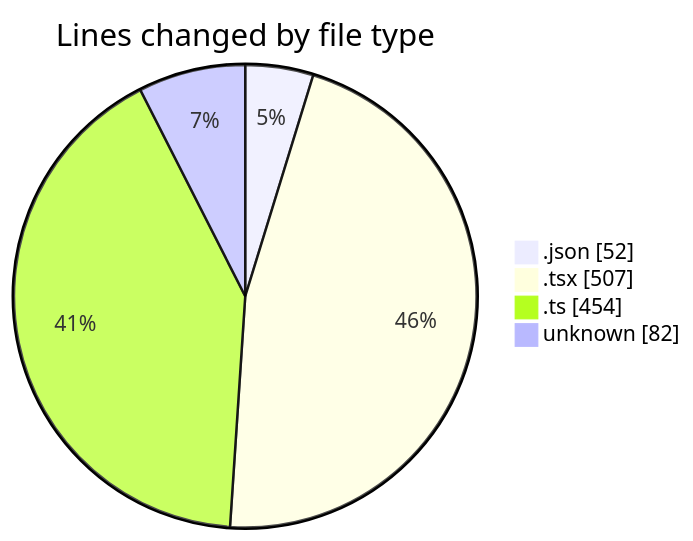
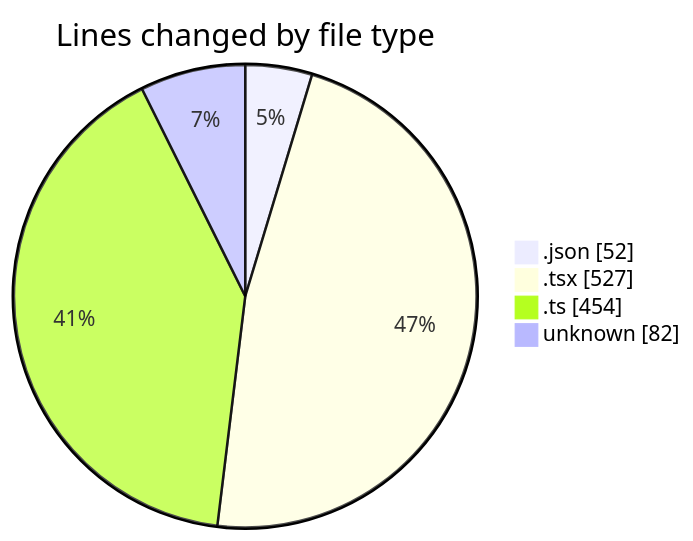
One commit to julien-gomy/code-tracking changed the first of 2 diagrams in 2025-10-29/eventscop-frontend-guide__workspace_/README.md. Above: the diagram before and after it, drawn with Mermaid. The commit also changed other lines of this file and 1 other file, not shown here.

````diff
--- a/2025-10-29/eventscop-frontend-guide__workspace_/README.md
+++ b/2025-10-29/eventscop-frontend-guide__workspace_/README.md
@@ -33,8 +33,8 @@
 ```mermaid
 pie showData
 title Lines changed by file type
 ".json" : 52
-".tsx" : 507
+".tsx" : 527
 ".ts" : 454
 "unknown" : 82
 ```
````
